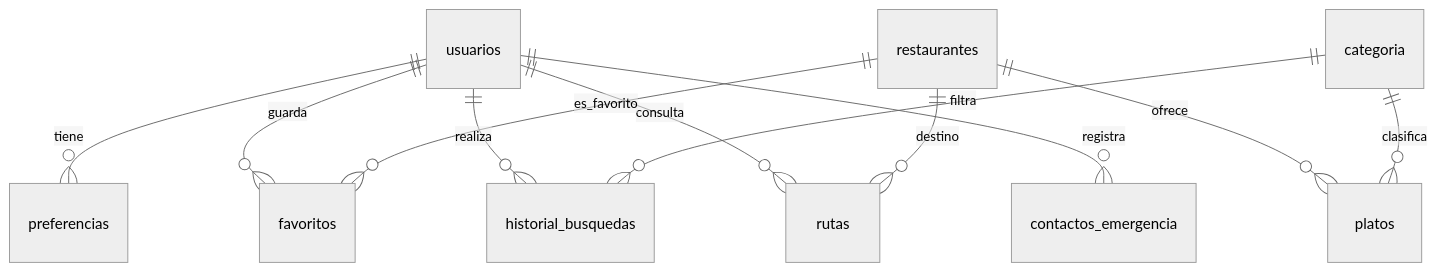
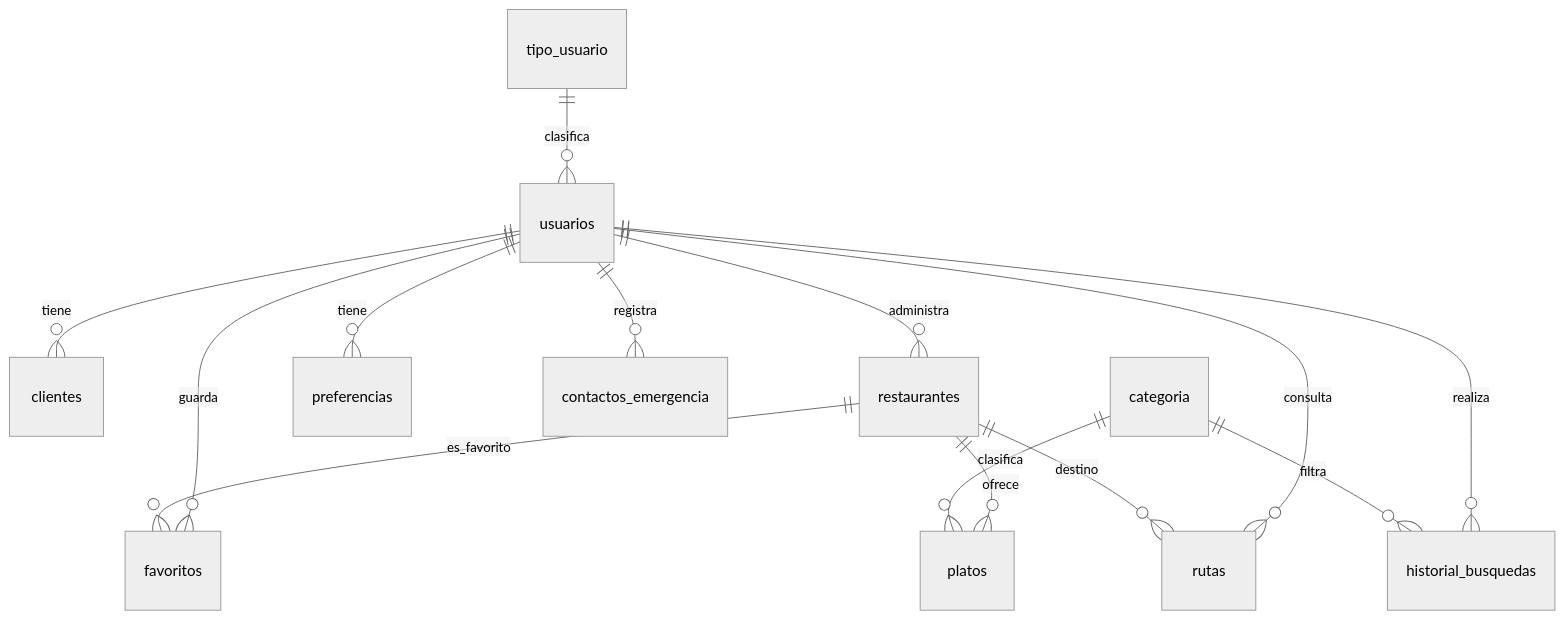
One commit to JorgeO18/Aplicaci-n-Gastron-mica- changed the diagram in docs/BASE_DE_DATOS.md. Above: the diagram before and after it, drawn with Mermaid (neutral theme). The commit also changed other lines of this file and 7 other files, not shown here.

````diff
--- a/docs/BASE_DE_DATOS.md
+++ b/docs/BASE_DE_DATOS.md
@@ -23,13 +23,16 @@
 ```mermaid
 erDiagram
+    usuarios ||--o{ clientes : tiene
+    usuarios ||--o{ restaurantes : administra
+    tipo_usuario ||--o{ usuarios : clasifica
     usuarios ||--o{ preferencias : tiene
     usuarios ||--o{ favoritos : guarda
     usuarios ||--o{ historial_busquedas : realiza
     usuarios ||--o{ rutas : consulta
     usuarios ||--o{ contactos_emergencia : registra
     restaurantes ||--o{ platos : ofrece
     restaurantes ||--o{ favoritos : es_favorito
     restaurantes ||--o{ rutas : destino
     categoria ||--o{ platos : clasifica
     categoria ||--o{ historial_busquedas : filtra
 ```
````
